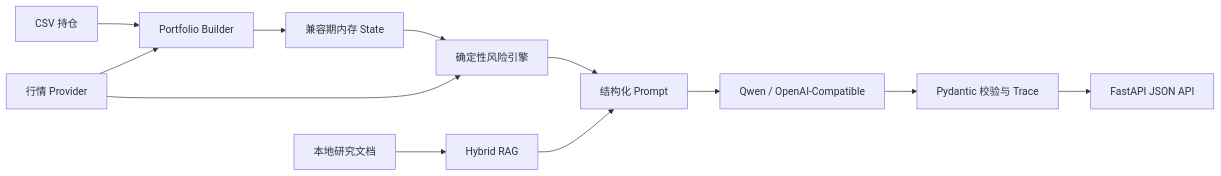
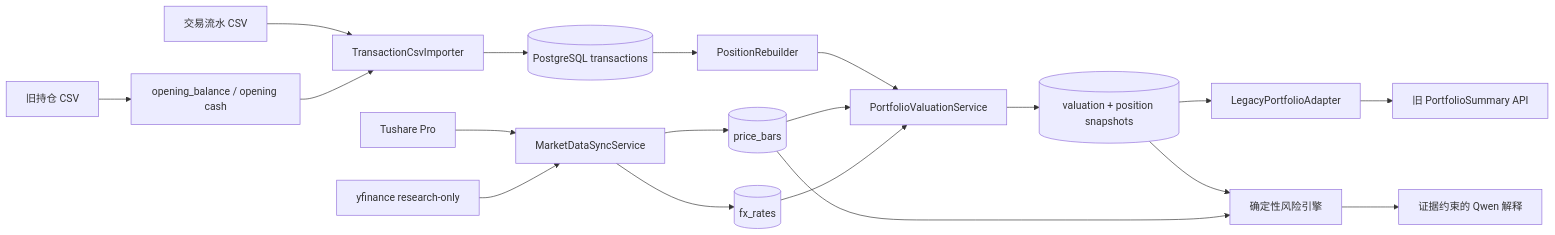
Before and after one commit to xjy0526/PortfolioPilot: the diagram in docs/architecture.md, drawn with Mermaid. The commit also changed other lines of this file and 60 other files, not shown here.

Commit message:
feat: make the transaction ledger and market data the portfolio source of truth

````diff
--- a/docs/architecture.md
+++ b/docs/architecture.md
@@ -54,14 +45,24 @@
 ```mermaid
 flowchart LR
-    CSV[CSV 持仓] --> PB[Portfolio Builder]
-    MD[行情 Provider] --> PB
-    PB --> STATE[兼容期内存 State]
-    STATE --> RISK[确定性风险引擎]
-    MD --> RISK
-    DOCS[本地研究文档] --> RAG[Hybrid RAG]
-    RISK --> PROMPT[结构化 Prompt]
-    RAG --> PROMPT
-    PROMPT --> LLM[Qwen / OpenAI-Compatible]
-    LLM --> VALIDATE[Pydantic 校验与 Trace]
-    VALIDATE --> API[FastAPI JSON API]
+    CSV[交易流水 CSV] --> IMPORT[TransactionCsvImporter]
+    LEGACY[旧持仓 CSV] --> OPENING[opening_balance / opening cash]
+    OPENING --> IMPORT
+    IMPORT --> TX[(PostgreSQL transactions)]
+
+    TS[Tushare Pro] --> SYNC[MarketDataSyncService]
+    YF[yfinance research-only] --> SYNC
+    SYNC --> PB[(price_bars)]
+    SYNC --> FX[(fx_rates)]
+
+    TX --> REBUILD[PositionRebuilder]
+    REBUILD --> VAL[PortfolioValuationService]
+    PB --> VAL
+    FX --> VAL
+    VAL --> VS[(valuation + position snapshots)]
+
+    VS --> LEGACY_ADAPTER[LegacyPortfolioAdapter]
+    LEGACY_ADAPTER --> UI[旧 PortfolioSummary API]
+    VS --> RISK[确定性风险引擎]
+    PB --> RISK
+    RISK --> LLM[证据约束的 Qwen 解释]
 ```
````
